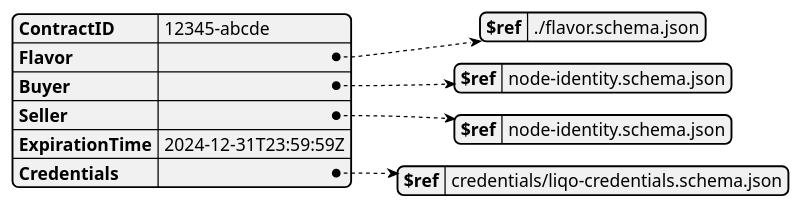
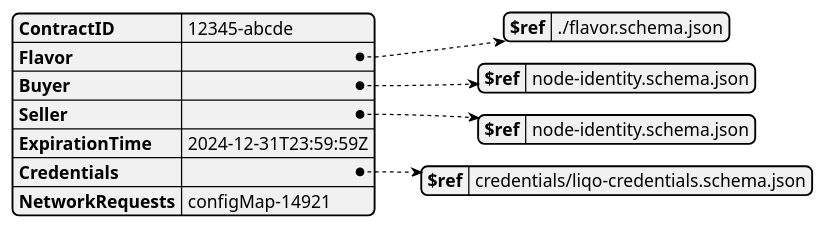
The diagram in puml/models/examples/contract.puml (fluidos-project/REAR-data-models), drawn with PlantUML before and after one commit. The commit also changed 13 other files, not shown here.

```diff
--- a/puml/models/examples/contract.puml
+++ b/puml/models/examples/contract.puml
@@ -1,19 +1,20 @@
 @startjson
 {
     "ContractID": "12345-abcde",
     "Flavor": {
         "$ref": "./flavor.schema.json"
     },
     "Buyer": {
         "$ref": "node-identity.schema.json"
     },
     "Seller": {
         "$ref": "node-identity.schema.json"
     },
     "ExpirationTime": "2024-12-31T23:59:59Z",
     "Credentials": {
         "$ref": "credentials/liqo-credentials.schema.json"
-    }
+    },
+    "NetworkRequests": "configMap-14921"
 }
 
 @endjson
```
